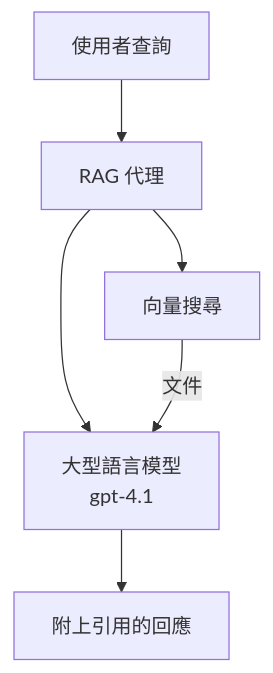
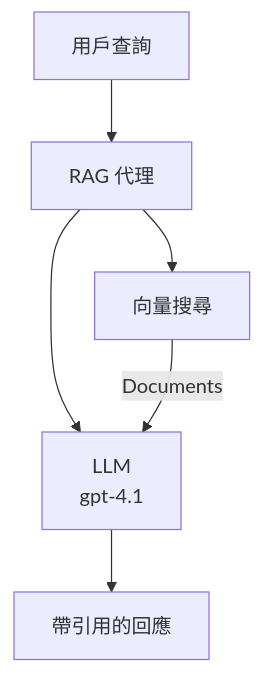
One commit to microsoft/AZD-for-beginners changed the second of 3 diagrams in translations/zh-MO/docs/chapter-02-ai-development/agents.md. Above: the diagram before and after it, drawn with Mermaid. The commit also changed other lines of this file and 61 other files, not shown here.

````diff
--- a/translations/zh-MO/docs/chapter-02-ai-development/agents.md
+++ b/translations/zh-MO/docs/chapter-02-ai-development/agents.md
@@ -181,8 +181,8 @@
 ```mermaid
 graph TD
-    Query[使用者查詢] --> RAG[RAG 代理]
+    Query[用戶查詢] --> RAG[RAG 代理]
     RAG --> Vector[向量搜尋]
-    RAG --> LLM[大型語言模型<br/>gpt-4.1]
-    Vector -- 文件 --> LLM
-    LLM --> Response[附上引用的回應]
+    RAG --> LLM[LLM<br/>gpt-4.1]
+    Vector -- Documents --> LLM
+    LLM --> Response[帶引用的回應]
 ```
````
